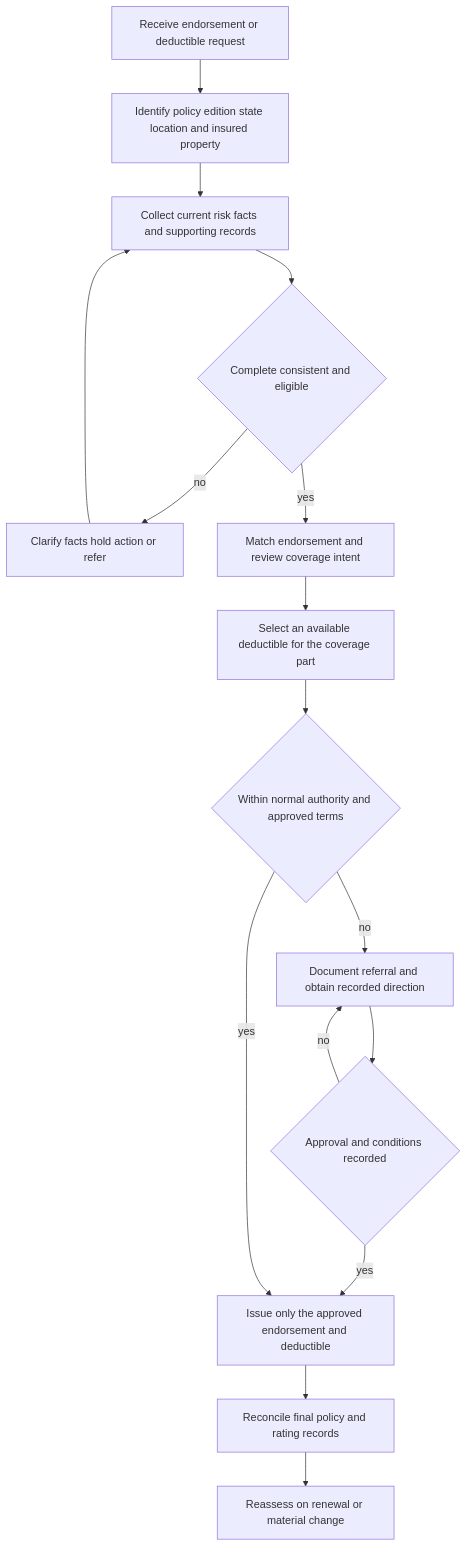
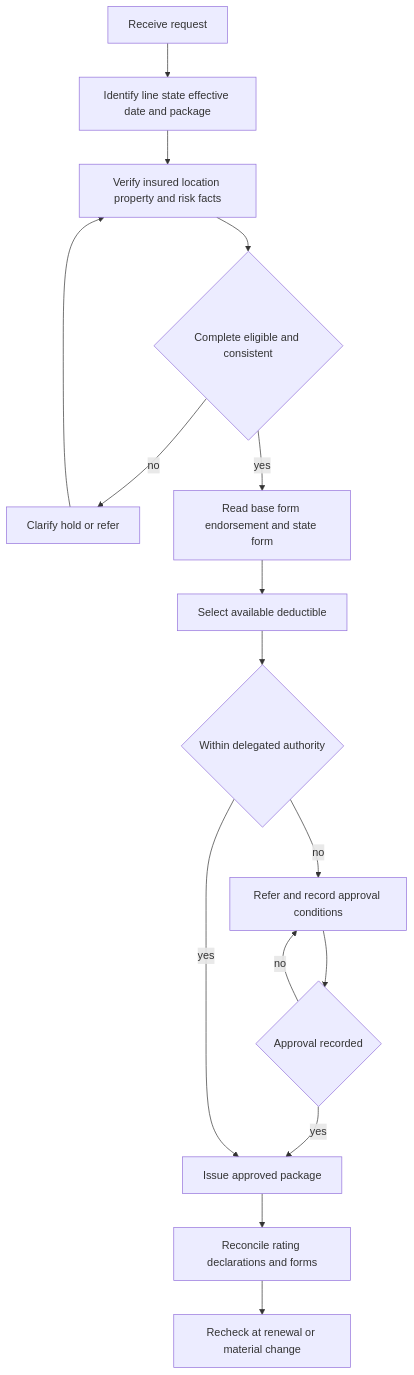
The diagram in openwiki/underwriting/manual/endorsements-and-deductibles.md (eugeneliu-86/openwiki-insurance-corpus), drawn with Mermaid before and after one commit. The commit also changed other lines of this file and 78 other files, not shown here.

````diff
--- a/openwiki/underwriting/manual/endorsements-and-deductibles.md
+++ b/openwiki/underwriting/manual/endorsements-and-deductibles.md
@@ -45,18 +49,18 @@
 ```mermaid
 flowchart TD
-    A["Receive endorsement or deductible request"] --> B["Identify policy edition state location and insured property"]
-    B --> C["Collect current risk facts and supporting records"]
-    C --> D{"Complete consistent and eligible"}
-    D -->|"no"| E["Clarify facts hold action or refer"]
+    A["Receive request"] --> B["Identify line state effective date and package"]
+    B --> C["Verify insured location property and risk facts"]
+    C --> D{"Complete eligible and consistent"}
+    D -->|"no"| E["Clarify hold or refer"]
     E --> C
-    D -->|"yes"| F["Match endorsement and review coverage intent"]
-    F --> G["Select an available deductible for the coverage part"]
-    G --> H{"Within normal authority and approved terms"}
-    H -->|"no"| I["Document referral and obtain recorded direction"]
-    I --> J{"Approval and conditions recorded"}
+    D -->|"yes"| F["Read base form endorsement and state form"]
+    F --> G["Select available deductible"]
+    G --> H{"Within delegated authority"}
+    H -->|"no"| I["Refer and record approval conditions"]
+    I --> J{"Approval recorded"}
     J -->|"no"| I
-    J -->|"yes"| K["Issue only the approved endorsement and deductible"]
+    J -->|"yes"| K["Issue approved package"]
     H -->|"yes"| K
-    K --> L["Reconcile final policy and rating records"]
-    L --> M["Reassess on renewal or material change"]
+    K --> L["Reconcile rating declarations and forms"]
+    L --> M["Recheck at renewal or material change"]
 ```
````
